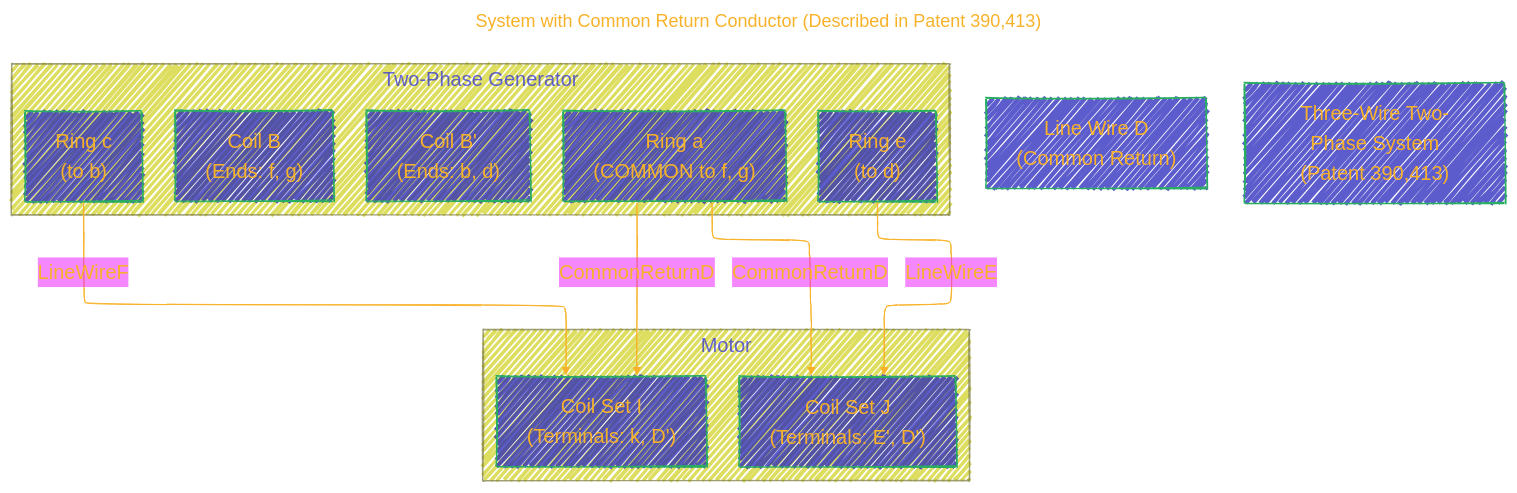
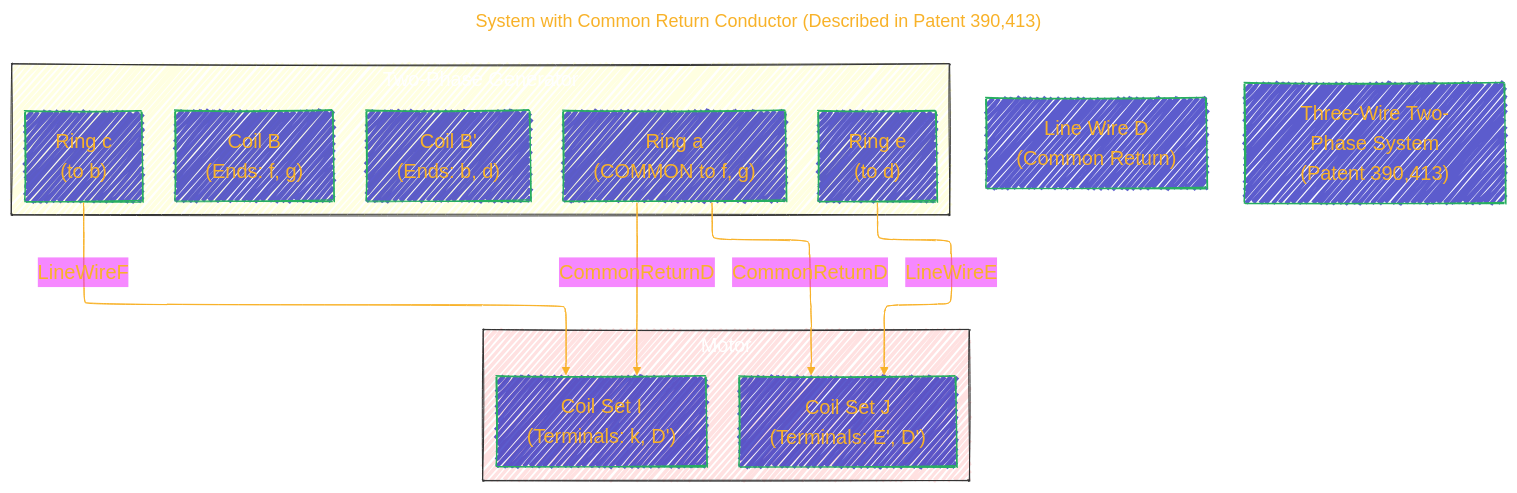
Before and after one commit to CongLeSolutionX/Nikola_Tesla: the eighth of 14 diagrams in BOOK_Transmission_of_Power_POLYPHASE_SYSTEM_Tesla_patents/BOOK_Transmission_of_Power_POLYPHASE_SYSTEM_Tesla_patents.md, drawn with Mermaid. The commit also changed other lines of this file, not shown here.

````diff
--- a/BOOK_Transmission_of_Power_POLYPHASE_SYSTEM_Tesla_patents/BOOK_Transmission_of_Power_POLYPHASE_SYSTEM_Tesla_patents.md
+++ b/BOOK_Transmission_of_Power_POLYPHASE_SYSTEM_Tesla_patents/BOOK_Transmission_of_Power_POLYPHASE_SYSTEM_Tesla_patents.md
@@ -488,59 +500,60 @@
 ```mermaid
 ---
 title: "System with Common Return Conductor (Described in Patent 390,413)"
 author: "Cong Le"
 version: "1.0"
 license(s): "MIT, CC BY-SA 4.0"
 copyright: "Copyright (c) 2025 Cong Le. All Rights Reserved."
 config:
   layout: elk
   theme: base
   look: handDrawn
 ---
 %%%%%%%% Mermaid version v11.4.1-b.14
 %%%%%%%% Available curve styles include the following keywords:
 %% basis, bumpX, bumpY, cardinal, catmullRom, linear, monotoneX, monotoneY, natural, step, stepAfter, stepBefore.
 %%{
   init: {
     'flowchart': { 'htmlLabels': true, 'curve': 'basis' },
     'fontFamily': 'American Typewriter, monospace',
     'logLevel': 'fatal',
     'themeVariables': {
       'primaryColor': '#22BB',
       'primaryTextColor': '#F8B229',
       'lineColor': '#F8B229',
       'primaryBorderColor': '#27AE60',
       'secondaryColor': '#E2F1',
       'secondaryTextColor': '#6C3483',
       'secondaryBorderColor': '#A569BD',
       'fontSize': '20px'
     }
   }
 }%%
 flowchart TD
-    subgraph TwoPhase_Generator["Two-Phase Generator"]
-        GenCoil_B["Coil B<br/>(Ends: f, g)"]
-        GenCoil_Bprime["Coil B'<br/>(Ends: b, d)"]
-        ContactRing_c["Ring c<br/>(to b)"]
-        ContactRing_e["Ring e<br/>(to d)"]
-        ContactRing_a["Ring a<br/>(COMMON to f, g)"]
-    end
+  subgraph TwoPhase_Generator["Two-Phase Generator"]
+  style TwoPhase_Generator fill:#FF22,stroke:#333,stroke-width:1px, color: #FFFF
+      GenCoil_B["Coil B<br/>(Ends: f, g)"]
+      GenCoil_Bprime["Coil B'<br/>(Ends: b, d)"]
+      ContactRing_c["Ring c<br/>(to b)"]
+      ContactRing_e["Ring e<br/>(to d)"]
+      ContactRing_a["Ring a<br/>(COMMON to f, g)"]
+  end
     
-    subgraph Motor["Motor"]
-        MotorCoil_I["Coil Set I<br/>(Terminals: k, D')"]
-        MotorCoil_J["Coil Set J<br/>(Terminals: E', D')"]
-    end
+  subgraph Motor["Motor"]
+  style Motor fill:#F222,stroke:#333,stroke-width:1px, color: #FFFF
+      MotorCoil_I["Coil Set I<br/>(Terminals: k, D')"]
+      MotorCoil_J["Coil Set J<br/>(Terminals: E', D')"]
+  end
     
-    ContactRing_c -- LineWireF --> MotorCoil_I
-    ContactRing_e -- LineWireE --> MotorCoil_J
+  ContactRing_c -- LineWireF --> MotorCoil_I
+  ContactRing_e -- LineWireE --> MotorCoil_J
     
-    %%% D' is common point
-    CommonReturnD["Line Wire D<br/>(Common Return)"]
-    ContactRing_a -- CommonReturnD --> MotorCoil_I
+  %%% D' is common point
+  CommonReturnD["Line Wire D<br/>(Common Return)"]
+  ContactRing_a -- CommonReturnD --> MotorCoil_I
 
 	%%% D' is common point
-    ContactRing_a -- CommonReturnD --> MotorCoil_J
+  ContactRing_a -- CommonReturnD --> MotorCoil_J
     
-    
-    Title4["Three-Wire Two-Phase System<br/>(Patent 390,413)"]
+  Title4["Three-Wire Two-Phase System<br/>(Patent 390,413)"]
 ```
````
